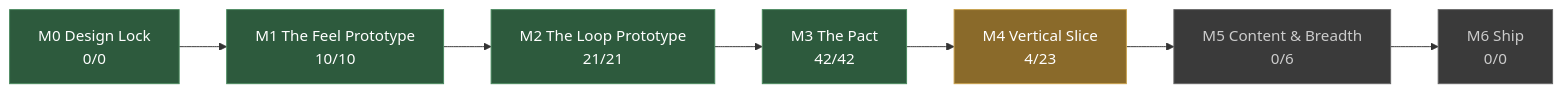
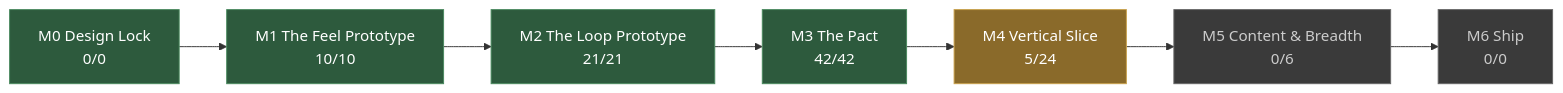
The diagram in docs/STATUS.md (JoshuaGessner/she), drawn with Mermaid before and after one commit. The commit also changed other lines of this file and 11 other files, not shown here.

````diff
--- a/docs/STATUS.md
+++ b/docs/STATUS.md
@@ -13,19 +13,19 @@
 ```mermaid
 flowchart LR
   M0["M0 Design Lock<br/>0/0"]:::passed
   M1["M1 The Feel Prototype<br/>10/10"]:::passed
   M0 --> M1
   M2["M2 The Loop Prototype<br/>21/21"]:::passed
   M1 --> M2
   M3["M3 The Pact<br/>42/42"]:::passed
   M2 --> M3
-  M4["M4 Vertical Slice<br/>4/23"]:::current
+  M4["M4 Vertical Slice<br/>5/24"]:::current
   M3 --> M4
   M5["M5 Content & Breadth<br/>0/6"]:::ahead
   M4 --> M5
   M6["M6 Ship<br/>0/0"]:::ahead
   M5 --> M6
   classDef passed fill:#2d5a3d,stroke:#4a8a5f,color:#fff
   classDef current fill:#8a6a2a,stroke:#c8a04a,color:#fff
   classDef ahead fill:#3a3a3a,stroke:#666,color:#ccc
 ```
````
